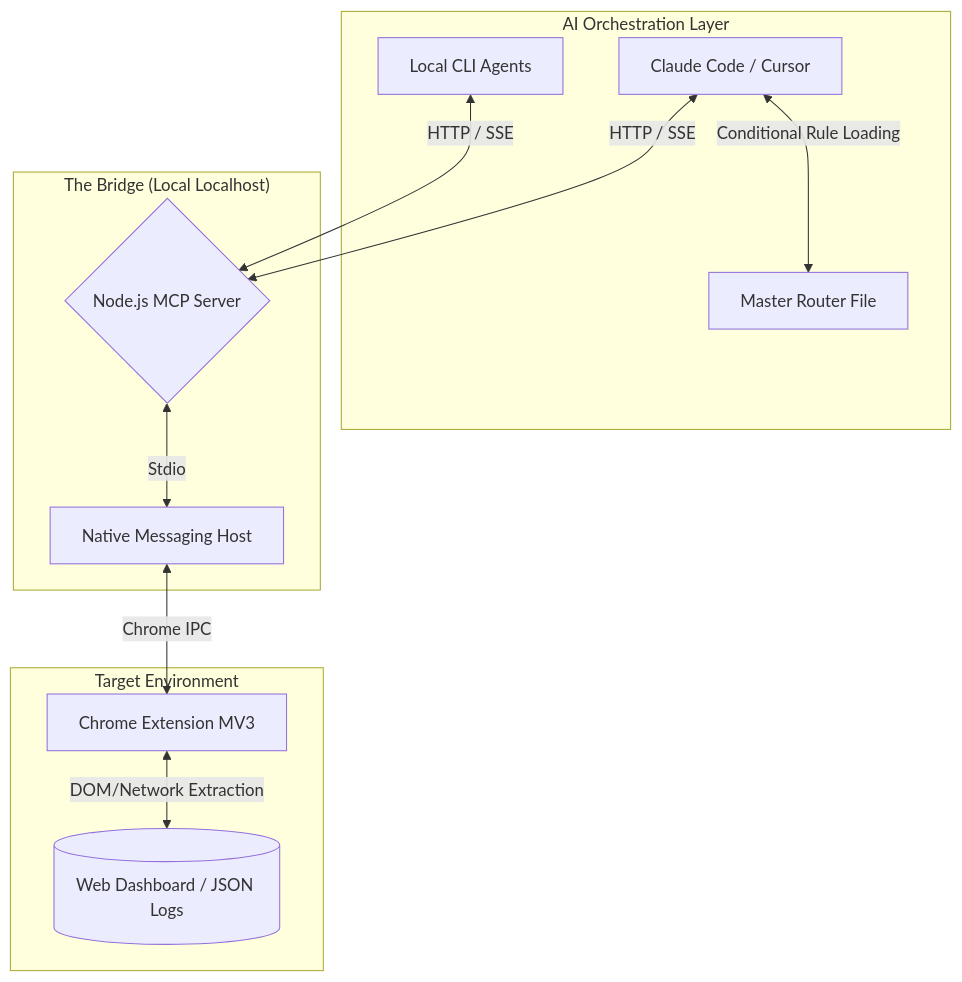
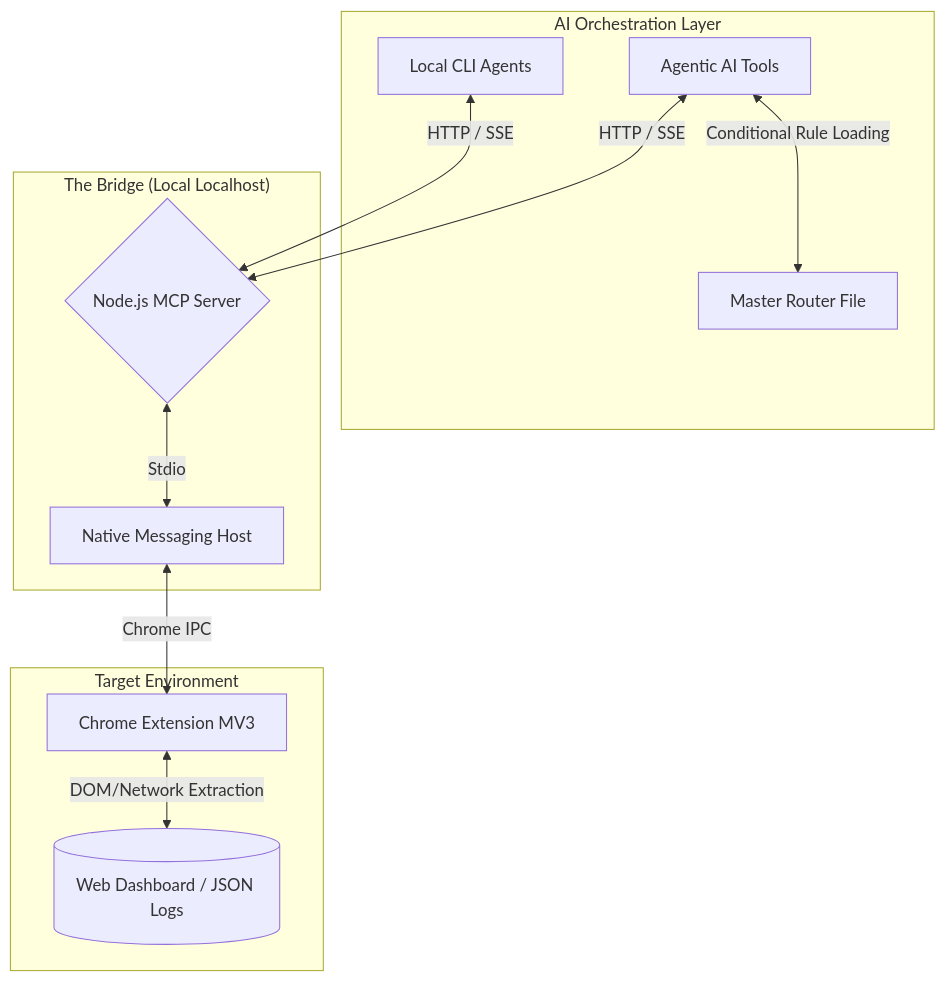
The diagram in README.md (avizmarlon/autonomous-mcp-agent-architecture), drawn with Mermaid before and after one commit. The commit also changed other lines of this file, not shown here.

Commit message:
Revise AI tool name and update note on data structures
Updated the name of the AI tool and modified the note regarding data structures.

````diff
--- a/README.md
+++ b/README.md
@@ -25,25 +25,25 @@
 ```mermaid
 graph TD
     subgraph "AI Orchestration Layer"
-        A[Claude Code / Cursor]
+        A[Agentic AI Tools]
         B[Local CLI Agents]
         R[Master Router File]
     end
 
     subgraph "The Bridge (Local Localhost)"
         C{Node.js MCP Server}
         D[Native Messaging Host]
     end
 
     subgraph "Target Environment"
         E[Chrome Extension MV3]
         F[(Web Dashboard / JSON Logs)]
     end
 
     A <-->|Conditional Rule Loading| R
     A <-->|HTTP / SSE| C
     B <-->|HTTP / SSE| C
     C <-->|Stdio| D
     D <-->|Chrome IPC| E
     E <-->|DOM/Network Extraction| F
 ```
````
